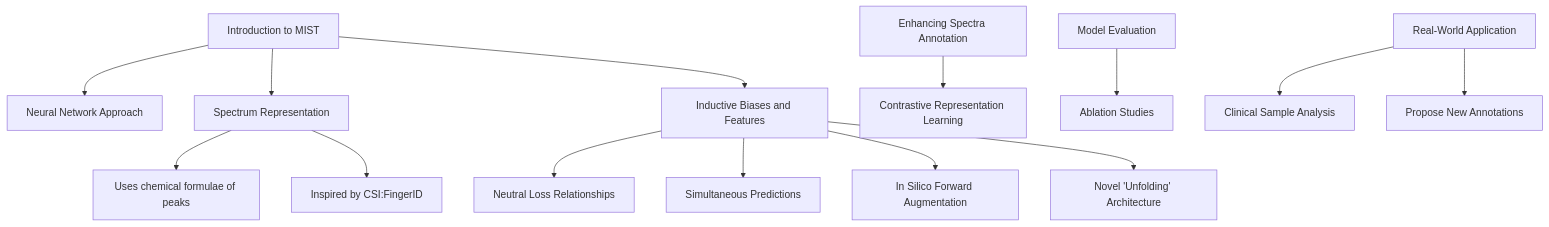
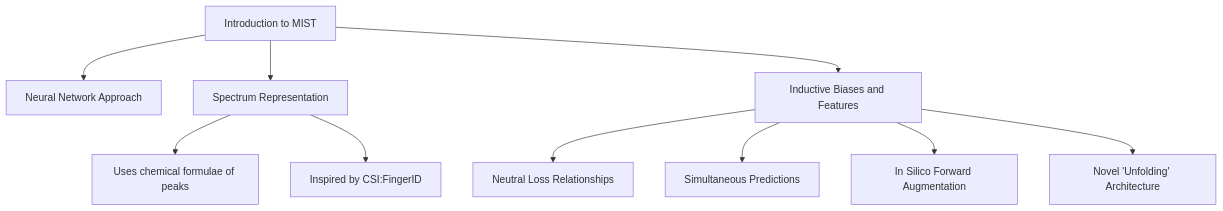
One commit to lamalab-org/toolminutes changed the diagram in papers/Metabolite_MS_Transformer/annotating-metabolite-mass-spectra-with-domain-inspired-chemical-formula-transformers.md. Above: the diagram before and after it, drawn with Mermaid.

Commit message:
flowchart

````diff
--- a/papers/Metabolite_MS_Transformer/annotating-metabolite-mass-spectra-with-domain-inspired-chemical-formula-transformers.md
+++ b/papers/Metabolite_MS_Transformer/annotating-metabolite-mass-spectra-with-domain-inspired-chemical-formula-transformers.md
@@ -6,18 +6,14 @@
 ```mermaid
 graph TD;
     Introduction_MIST["Introduction to MIST"] --> Neural_Network_Approach["Neural Network Approach"];
     Introduction_MIST --> Spectrum_Representation["Spectrum Representation"];
     Introduction_MIST --> Inductive_Biases_and_Features["Inductive Biases and Features"];
     Inductive_Biases_and_Features --> Neutral_Loss_Relationships["Neutral Loss Relationships"];
     Inductive_Biases_and_Features --> Simultaneous_Predictions["Simultaneous Predictions"];
     Inductive_Biases_and_Features --> In_Silico_Forward_Augmentation["In Silico Forward Augmentation"];
     Inductive_Biases_and_Features --> Novel_Unfolding_Architecture["Novel 'Unfolding' Architecture"];
     Spectrum_Representation --> Chemical_Formulae_of_Peaks["Uses chemical formulae of peaks"];
     Spectrum_Representation --> Inspired_by_CSI_FingerID["Inspired by CSI:FingerID"];
-    Enhancing_Spectra_Annotation["Enhancing Spectra Annotation"] --> Contrastive_Representation_Learning["Contrastive Representation Learning"];
-    Model_Evaluation["Model Evaluation"] --> Ablation_Studies["Ablation Studies"];
-    Real_World_Application["Real-World Application"] --> Clinical_Sample_Analysis["Clinical Sample Analysis"];
-    Real_World_Application --> Propose_New_Annotations["Propose New Annotations"];
-
     
+  
 ```
````
